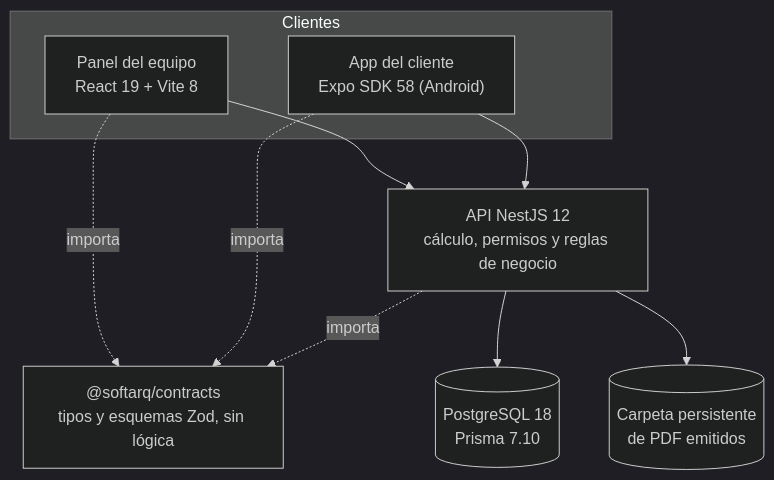
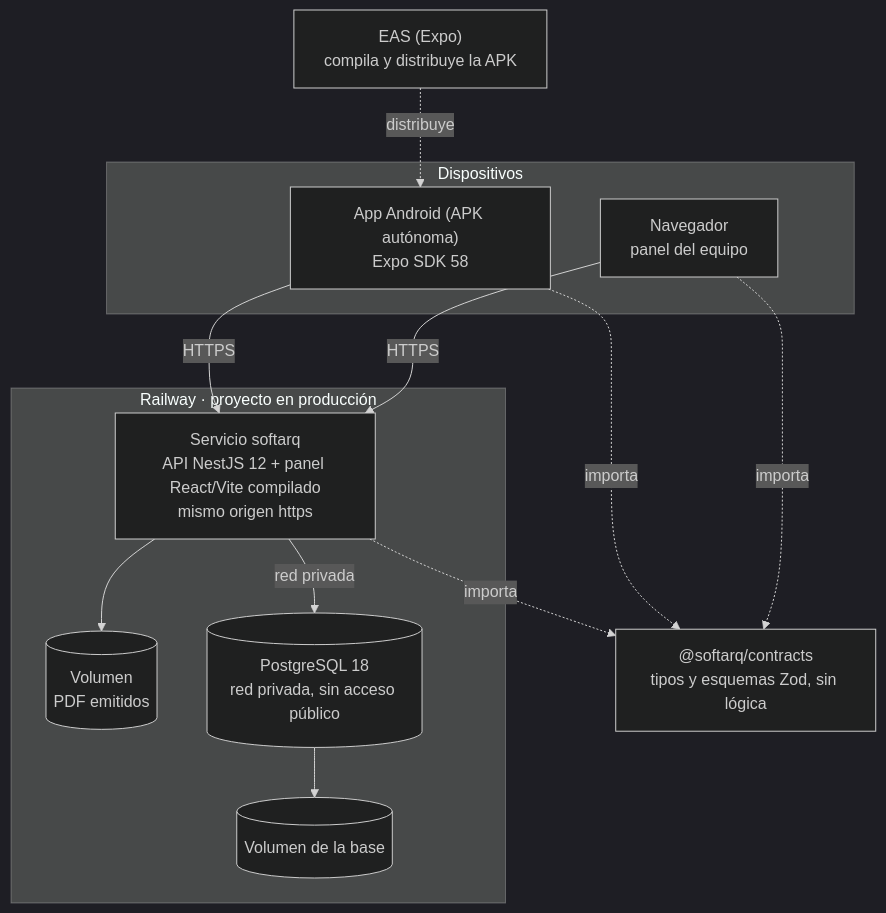
Before and after one commit to RaulHerrera09/softarq-platform: the diagram in README.md, drawn with Mermaid (dark theme). The commit also changed other lines of this file and 4 other files, not shown here.

````diff
--- a/README.md
+++ b/README.md
@@ -66,18 +68,24 @@
 ```mermaid
 flowchart TB
-  subgraph Clientes
-    WEB["Panel del equipo<br/>React 19 + Vite 8"]
-    APP["App del cliente<br/>Expo SDK 58 (Android)"]
+  subgraph Dispositivos
+    APK["App Android (APK autónoma)<br/>Expo SDK 58"]
+    NAV["Navegador<br/>panel del equipo"]
+  end
+  EAS["EAS (Expo)<br/>compila y distribuye la APK"]
+  subgraph Railway["Railway · proyecto en producción"]
+    SRV["Servicio softarq<br/>API NestJS 12 + panel React/Vite compilado<br/>mismo origen https"]
+    VOL[("Volumen<br/>PDF emitidos")]
+    PG[("PostgreSQL 18<br/>red privada, sin acceso público")]
+    VPG[("Volumen de la base")]
   end
   CON["@softarq/contracts<br/>tipos y esquemas Zod, sin lógica"]
-  API["API NestJS 12<br/>cálculo, permisos y reglas de negocio"]
-  DB[("PostgreSQL 18<br/>Prisma 7.10")]
-  DOC[("Carpeta persistente<br/>de PDF emitidos")]
-  WEB --> API
-  APP --> API
-  WEB -. importa .-> CON
-  APP -. importa .-> CON
-  API -. importa .-> CON
-  API --> DB
-  API --> DOC
+  EAS -. distribuye .-> APK
+  APK -- HTTPS --> SRV
+  NAV -- HTTPS --> SRV
+  SRV --> VOL
+  SRV -- red privada --> PG
+  PG --> VPG
+  APK -. importa .-> CON
+  NAV -. importa .-> CON
+  SRV -. importa .-> CON
 ```
````
